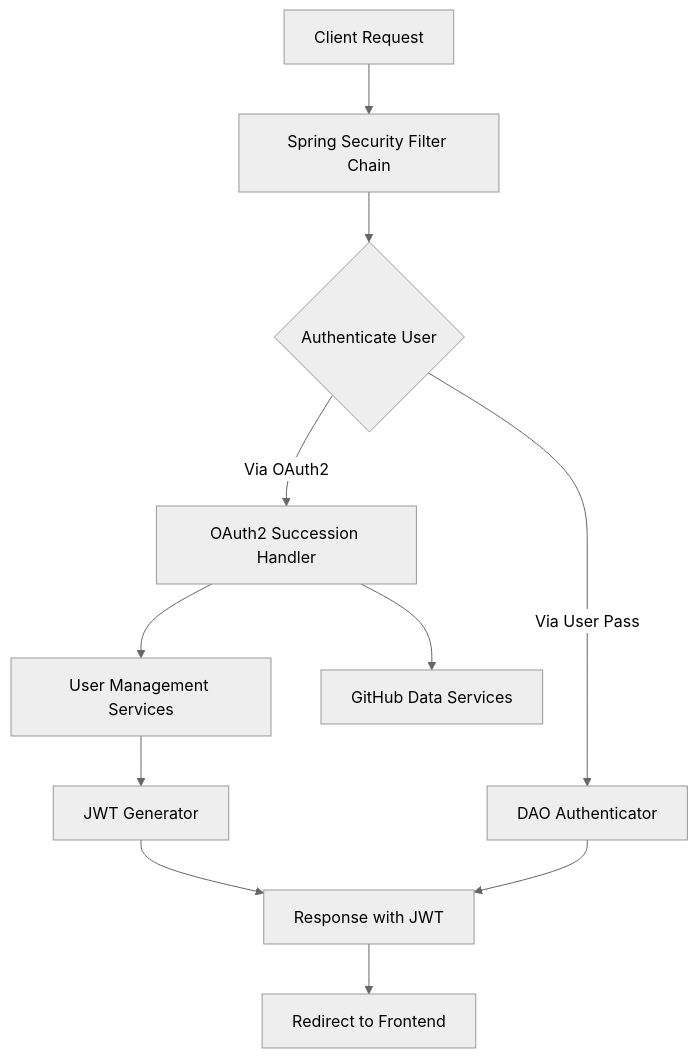
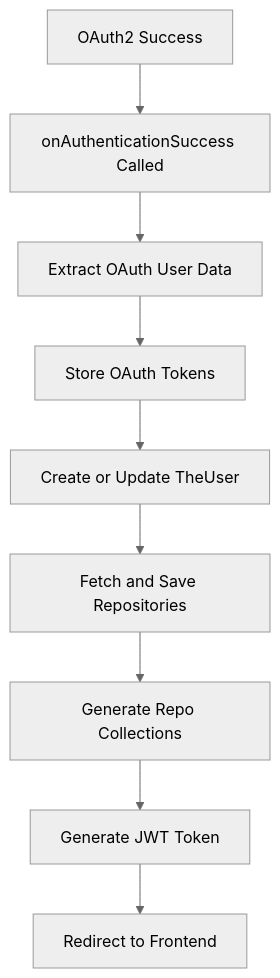
The diagram in docs/REPOSITORY_OVERVIEW.md (test-company-prowiz/Easy-Repo), drawn with Mermaid (neutral theme) before and after one commit. The commit also changed other lines of this file, not shown here.

````diff
--- a/docs/REPOSITORY_OVERVIEW.md
+++ b/docs/REPOSITORY_OVERVIEW.md
@@ -58,13 +53,11 @@
 ```mermaid
 graph TD
-A[Client Request] --> B[Spring Security Filter Chain]
-B --> C{Authenticate User}
-C -- Via OAuth2 --> D[OAuth2 Succession Handler]
-C -- Via User Pass --> E[DAO Authenticator]
-D --> F[User Management Services]
-D --> G[GitHub Data Services]
-F --> H[JWT Generator]
-H --> I[Response with JWT]
-I --> J[Redirect to Frontend]
-E --> I
+A[OAuth2 Success] --> B[onAuthenticationSuccess Called]
+B --> C[Extract OAuth User Data]
+C --> D[Store OAuth Tokens]
+D --> E[Create or Update TheUser]
+E --> F[Fetch and Save Repositories]
+F --> G[Generate Repo Collections]
+G --> H[Generate JWT Token]
+H --> I[Redirect to Frontend]
 ```
````
